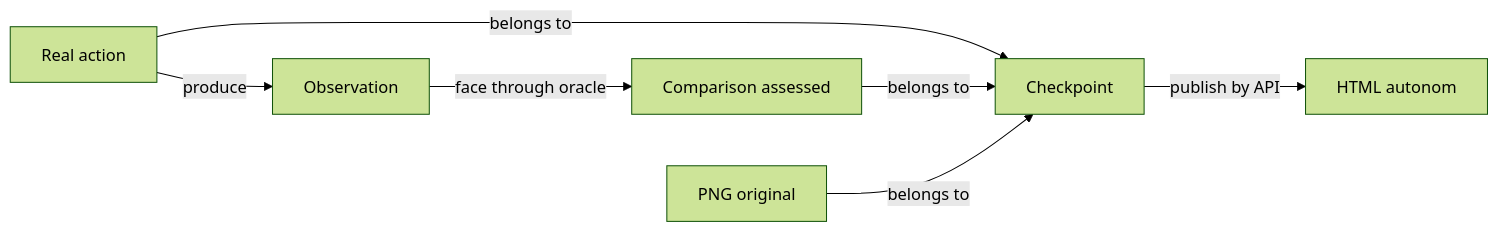
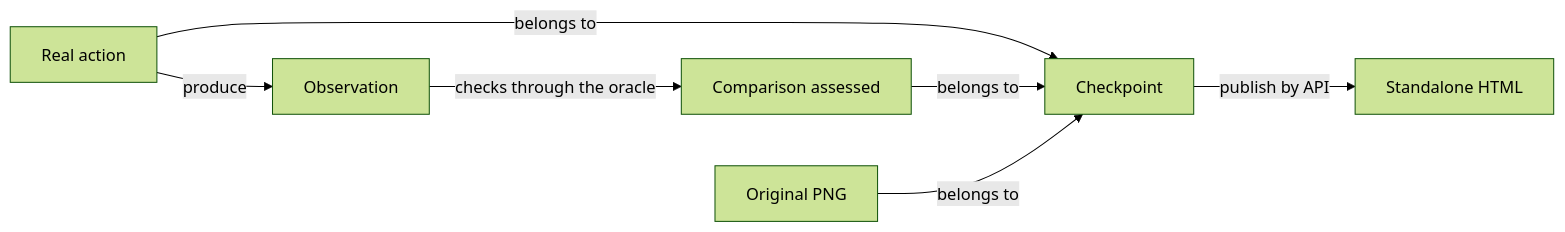
One commit to crististefanita/atf_j4 changed the diagram in docs/reporting/ATF_Android.md. Above: the diagram before and after it, drawn with Mermaid (forest theme). The commit also changed other lines of this file and 126 other files, not shown here.

````diff
--- a/docs/reporting/ATF_Android.md
+++ b/docs/reporting/ATF_Android.md
@@ -9,9 +9,9 @@
 ```mermaid
 flowchart LR
     ACTION[Real action] -->|produce| OBS[Observation]
-    OBS -->|face through oracle| ASSERT[Comparison assessed]
+    OBS -->|checks through the oracle| ASSERT[Comparison assessed]
     ACTION -->|belongs to| CHECK[Checkpoint]
     ASSERT -->|belongs to| CHECK
-    IMAGE[PNG original] -->|belongs to| CHECK
-    CHECK -->|publish by API| HTML[HTML autonom]
+    IMAGE[Original PNG] -->|belongs to| CHECK
+    CHECK -->|publish by API| HTML[Standalone HTML]
 ```
````
